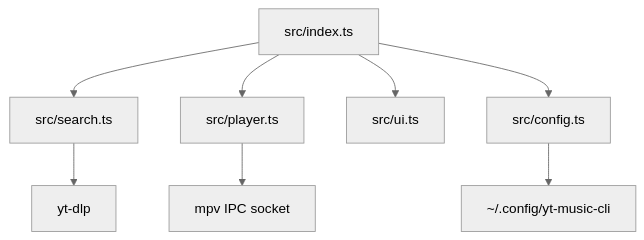
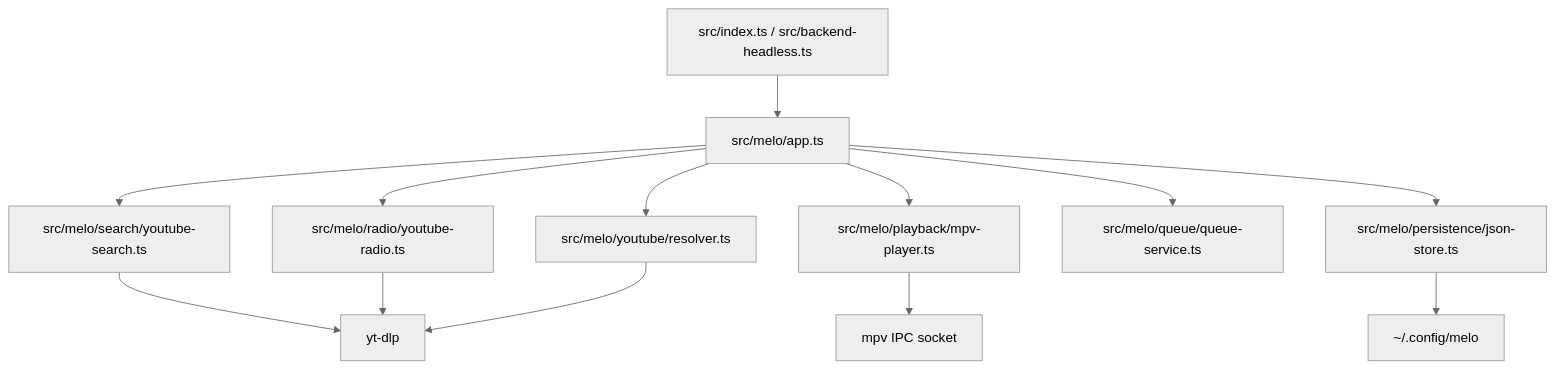
One commit to prr006/music changed the diagram in knowledge-base/Architecture.md. Above: the diagram before and after it, drawn with Mermaid (neutral theme). The commit also changed other lines of this file and 55 other files, not shown here.

Commit message:
refactor: complete MELO backend and identity migration

````diff
--- a/knowledge-base/Architecture.md
+++ b/knowledge-base/Architecture.md
@@ -13,10 +13,15 @@
 ```mermaid
 flowchart TD
-    A[src/index.ts] --> B[src/search.ts]
-    A --> C[src/player.ts]
-    A --> D[src/ui.ts]
-    A --> E[src/config.ts]
-    E --> F[~/.config/yt-music-cli]
-    B --> G[yt-dlp]
-    C --> H[mpv IPC socket]
+    A[src/index.ts / src/backend-headless.ts] --> B[src/melo/app.ts]
+    B --> S[src/melo/search/youtube-search.ts]
+    B --> R[src/melo/radio/youtube-radio.ts]
+    B --> Y[src/melo/youtube/resolver.ts]
+    B --> P[src/melo/playback/mpv-player.ts]
+    B --> Q[src/melo/queue/queue-service.ts]
+    B --> J[src/melo/persistence/json-store.ts]
+    S --> G[yt-dlp]
+    R --> G
+    Y --> G
+    P --> H[mpv IPC socket]
+    J --> F[~/.config/melo]
 ```
````
